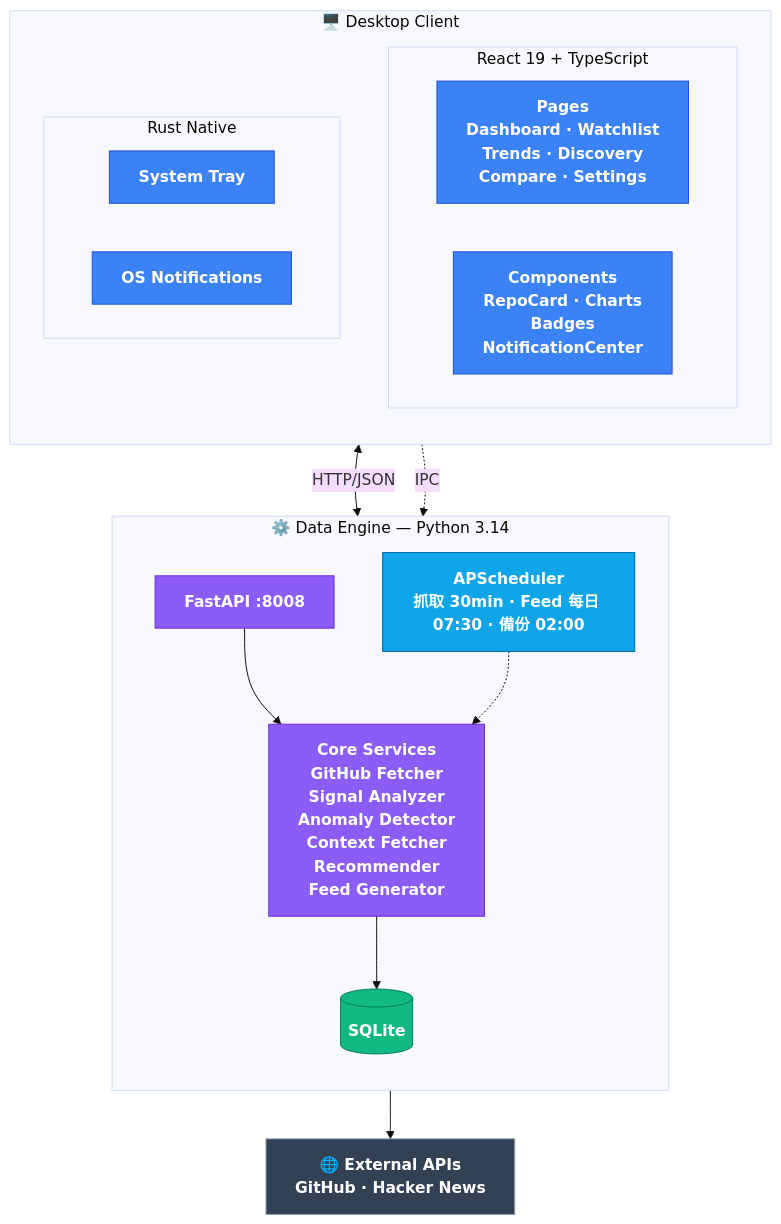
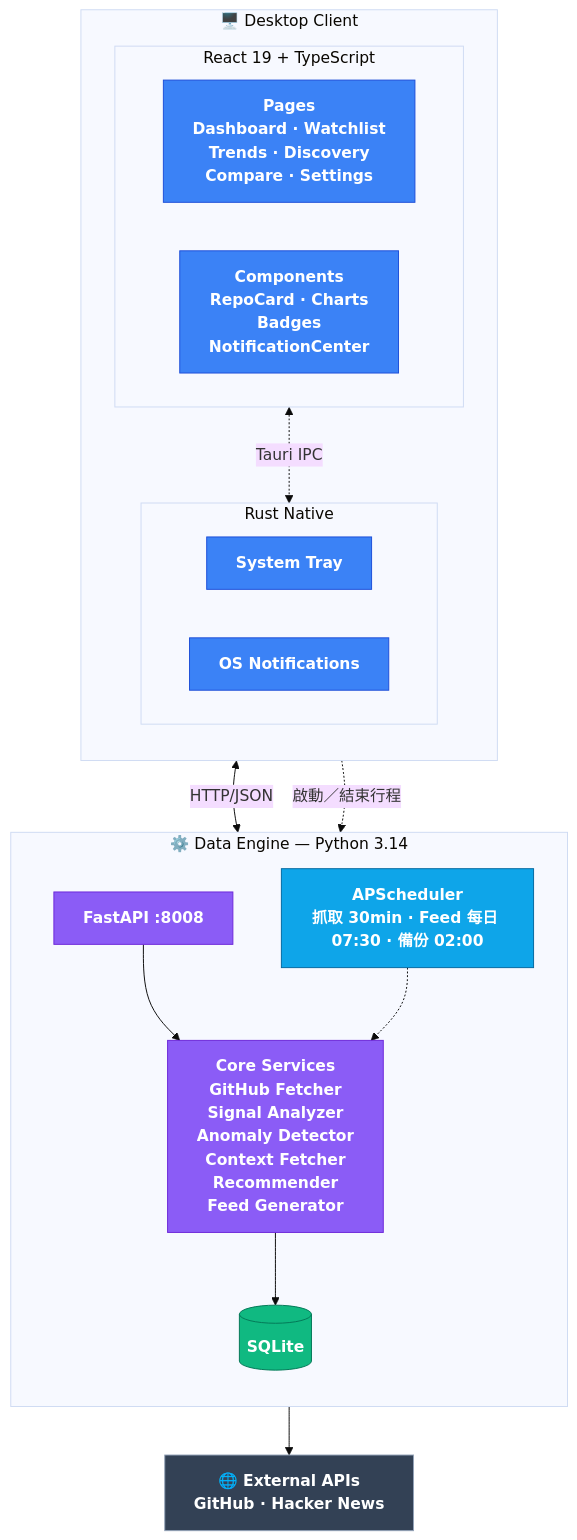
Before and after one commit to Neal75418/StarScope: the second of 2 diagrams in README.md, drawn with Mermaid (base theme). The commit also changed 7 other files, not shown here.

````diff
--- a/README.md
+++ b/README.md
@@ -78,45 +78,46 @@
 ```mermaid
 graph TB
     subgraph Desktop["🖥️ Desktop Client"]
         direction TB
         subgraph UI["React 19 + TypeScript"]
             direction LR
             Pages["Pages<br/>Dashboard · Watchlist<br/>Trends · Discovery<br/>Compare · Settings"]
             Components["Components<br/>RepoCard · Charts<br/>Badges<br/>NotificationCenter"]
         end
         subgraph Native["Rust Native"]
             direction LR
             Tray["System Tray"]
             Notify["OS Notifications"]
         end
     end
 
     subgraph Engine["⚙️ Data Engine — Python 3.14"]
         direction TB
         API["FastAPI :8008"]
         Services["Core Services<br/>GitHub Fetcher<br/>Signal Analyzer<br/>Anomaly Detector<br/>Context Fetcher<br/>Recommender<br/>Feed Generator"]
         Sched["APScheduler<br/>抓取 30min · Feed 每日 07:30 · 備份 02:00"]
         DB[("SQLite")]
         API --> Services
         Sched -.-> Services
         Services --> DB
     end
 
     Ext["🌐 External APIs<br/>GitHub · Hacker News"]
 
     Components <-->|HTTP/JSON| API
-    Native -.->|IPC| API
+    UI <-.->|Tauri IPC| Native
+    Native -.->|啟動／結束行程| API
     Services --> Ext
 
     classDef frontend fill:#3b82f6,stroke:#1d4ed8,color:#fff,font-weight:bold
     classDef backend fill:#8b5cf6,stroke:#6d28d9,color:#fff,font-weight:bold
     classDef storage fill:#10b981,stroke:#047857,color:#fff,font-weight:bold
     classDef sched fill:#0ea5e9,stroke:#0369a1,color:#fff,font-weight:bold
     classDef external fill:#334155,stroke:#94a3b8,color:#fff,font-weight:bold
 
     class Pages,Components,Tray,Notify frontend
     class API,Services backend
     class DB storage
     class Sched sched
     class Ext external
 ```
````
